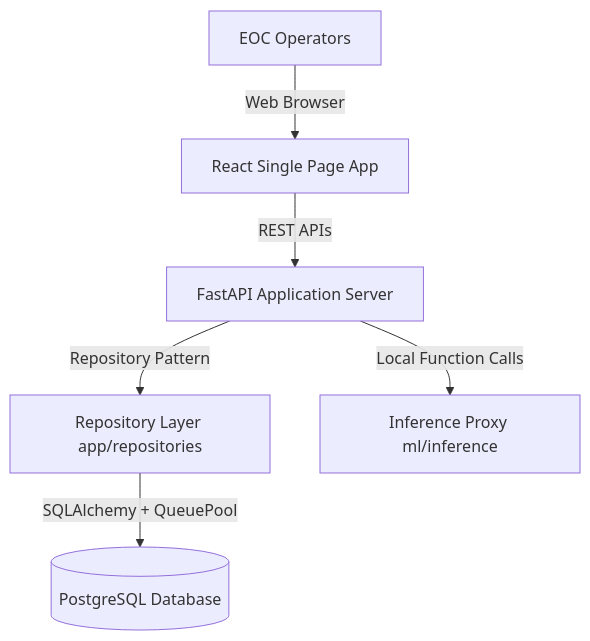
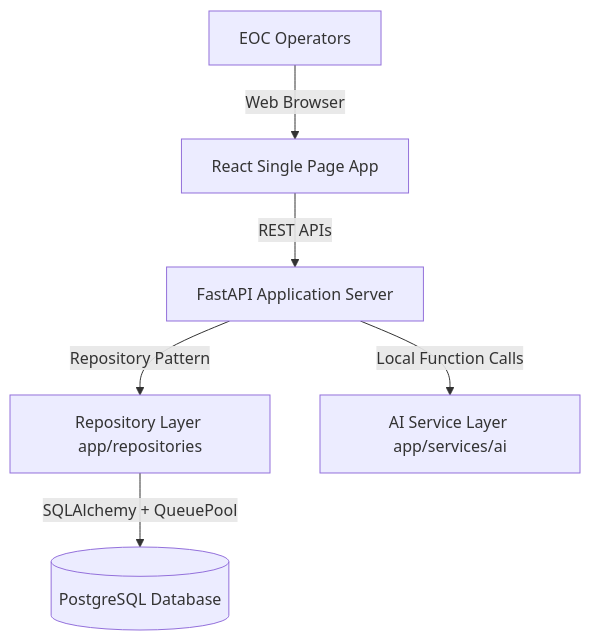
One commit to anshsingh004/AI-Disaster-Intelligence-Platform changed the diagram in PROJECT_CONTEXT.md. Above: the diagram before and after it, drawn with Mermaid. The commit also changed other lines of this file, not shown here.

Commit message:
docs(spec): update AI pipeline architecture and decisions for Phase 4

````diff
--- a/PROJECT_CONTEXT.md
+++ b/PROJECT_CONTEXT.md
@@ -22,8 +22,8 @@
 ```mermaid
 graph TD
     User[EOC Operators] -->|Web Browser| Frontend[React Single Page App]
     Frontend -->|REST APIs| Backend[FastAPI Application Server]
     Backend -->|Repository Pattern| Repos[Repository Layer app/repositories]
     Repos -->|SQLAlchemy + QueuePool| DB[(PostgreSQL Database)]
-    Backend -->|Local Function Calls| ML[Inference Proxy ml/inference]
+    Backend -->|Local Function Calls| ML[AI Service Layer app/services/ai]
 ```
````
